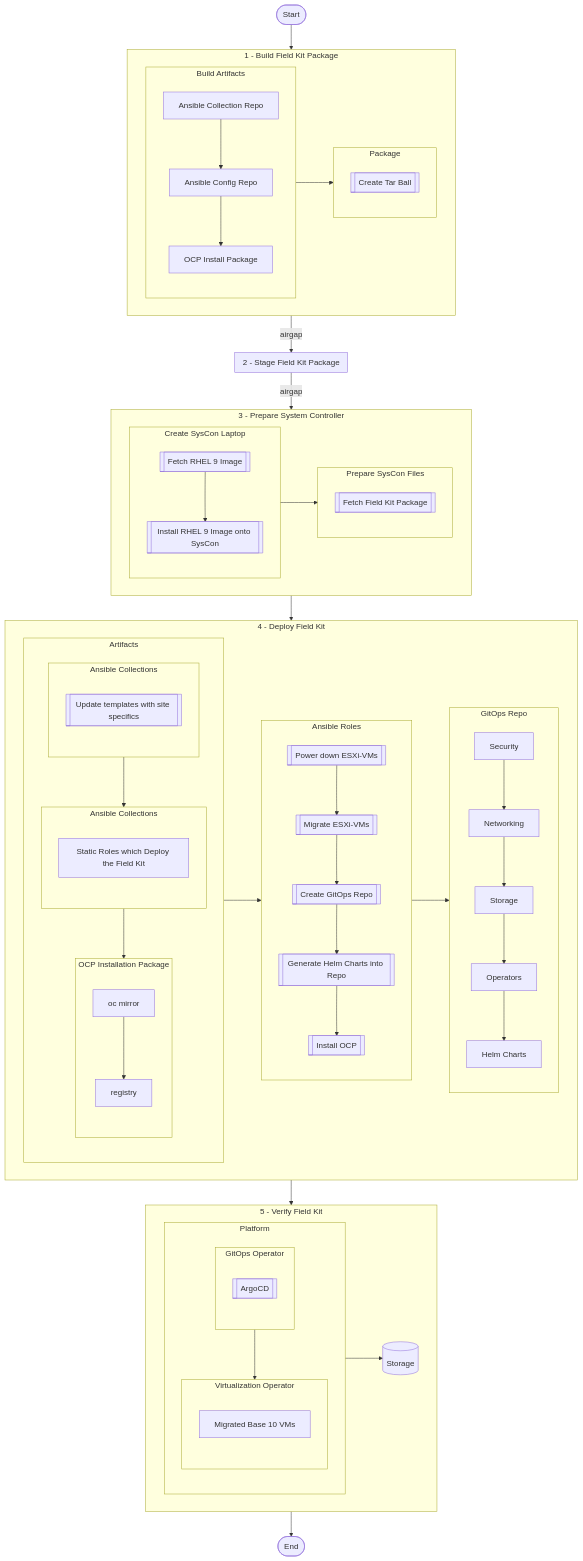
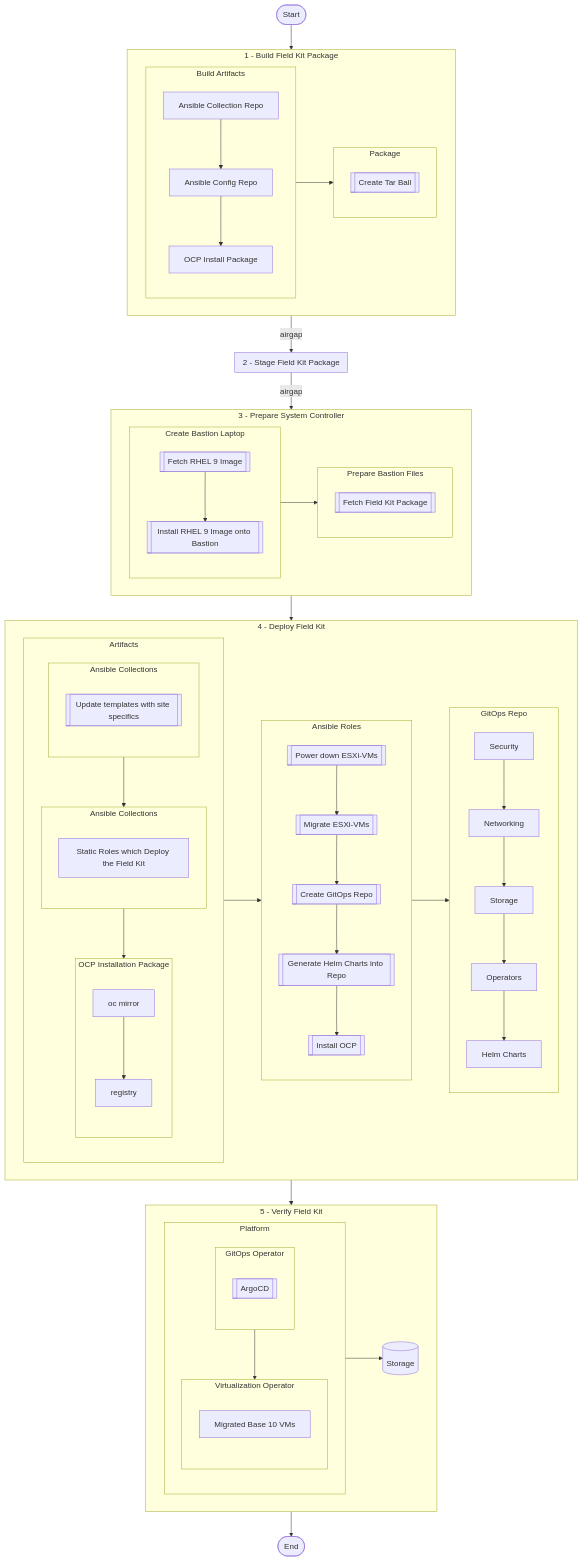
One commit to ppremru/LaunchFieldKitAdoption changed the diagram in workflow/diagram-all.md. Above: the diagram before and after it, drawn with Mermaid. The commit also changed other lines of this file and 4 other files, not shown here.

Commit message:
learning mermaid (#35)

````diff
--- a/workflow/diagram-all.md
+++ b/workflow/diagram-all.md
@@ -7,77 +8,77 @@
 ```mermaid
 flowchart TB
     Title([Start])
     subgraph 1[1 - Build Field Kit Package]
         subgraph Build[Build Artifacts]
           Build1[Ansible Collection Repo]
           Build2[Ansible Config Repo]
           Build3[OCP Install Package]
         end
         subgraph Package[Package]
           Package1[[Create Tar Ball]]
         end
         Build1 --> Build2 --> Build3
         Build --> Package
     end
     subgraph 2[2 - Stage Field Kit Package]
     end
     subgraph 3[3 - Prepare System Controller]
-        subgraph SysCon[Create SysCon Laptop]
-          SysCon1[[Fetch RHEL 9 Image]]
-          SysCon2[[Install RHEL 9 Image onto SysCon]]
+        subgraph Bastion[Create Bastion Laptop]
+          Bastion1[[Fetch RHEL 9 Image]]
+          Bastion2[[Install RHEL 9 Image onto Bastion]]
         end
-        subgraph Files[Prepare SysCon Files]
+        subgraph Files[Prepare Bastion Files]
           Files1[[Fetch Field Kit Package]]
         end
-        SysCon1 --> SysCon2
-        SysCon --> Files
+        Bastion1 --> Bastion2
+        Bastion --> Files
     end
     subgraph 4[4 - Deploy Field Kit]
         subgraph Artifacts[Artifacts]
           subgraph OCP[OCP Installation Package]
             OCP1[oc mirror]
             OCP2[registry]
           end
           subgraph Collections[Ansible Collections]
             Collections1[Static Roles which Deploy the Field Kit]
           end
           subgraph Config[Ansible Collections]
             Config1[[Update templates with site specifics]]
           end
         end
         subgraph Ansible[Ansible Roles]
           Ansible1[[Power down ESXi-VMs]]
           Ansible2[[Migrate ESXi-VMs]]
           Ansible3[[Create GitOps Repo]]
           Ansible4[[Generate Helm Charts into Repo]]
           Ansible5[[Install OCP]]
         end
         subgraph GitOps[GitOps Repo]
           GitOps1[Security]
           GitOps2[Networking]
           GitOps3[Storage]
           GitOps4[Operators]
           GitOps5[Helm Charts]
         end
         Config --> Collections --> OCP
         OCP1 --> OCP2
         Artifacts --> Ansible --> GitOps
         Ansible1 --> Ansible2 --> Ansible3 --> Ansible4 --> Ansible5
         GitOps1 --> GitOps2 --> GitOps3 --> GitOps4 --> GitOps5
     end
     subgraph 5[5 - Verify Field Kit]
       subgraph Platform[Platform]
         subgraph OCPVirt[Virtualization Operator]
           OCPVirt1[Migrated Base 10 VMs]
         end
         subgraph OCPGitOps[GitOps Operator]
           OCPGitOps1[[ArgoCD]]
         end
         OCPGitOps --> OCPVirt
       end
       Storage[(Storage)]
       Platform --> Storage
     end
     Foot([End])
     Title --> 1 -- airgap --> 2 -- airgap --> 3 --> 4 --> 5 --> Foot
 ```
````
